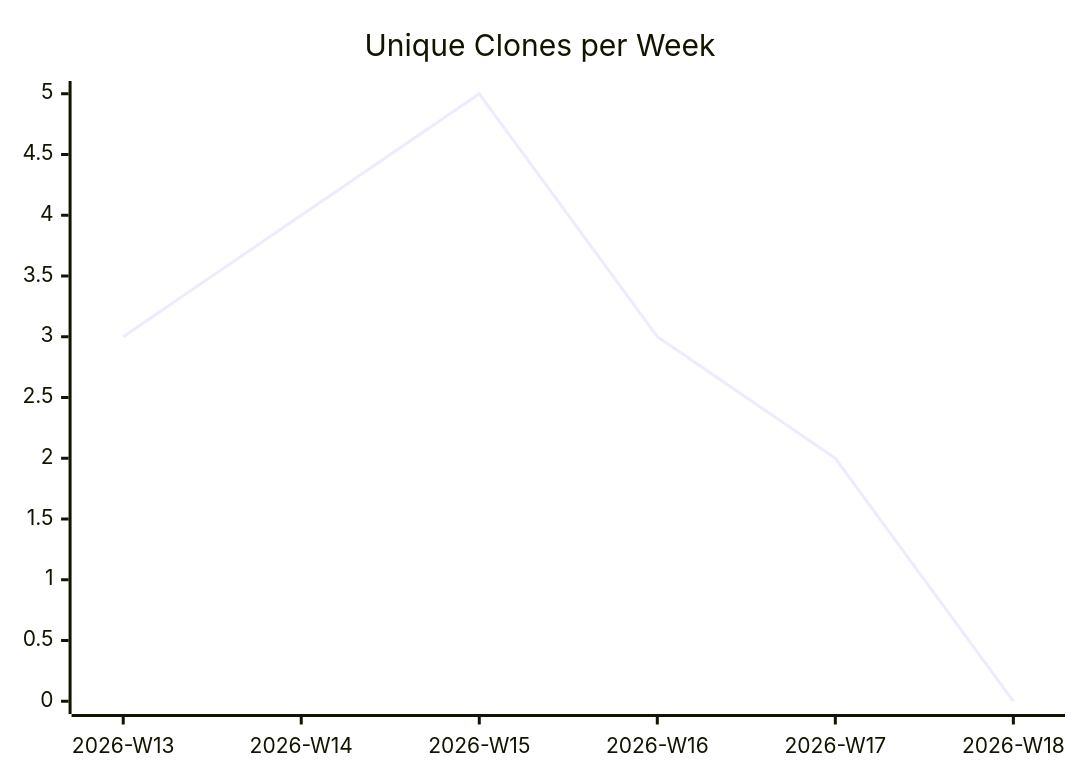
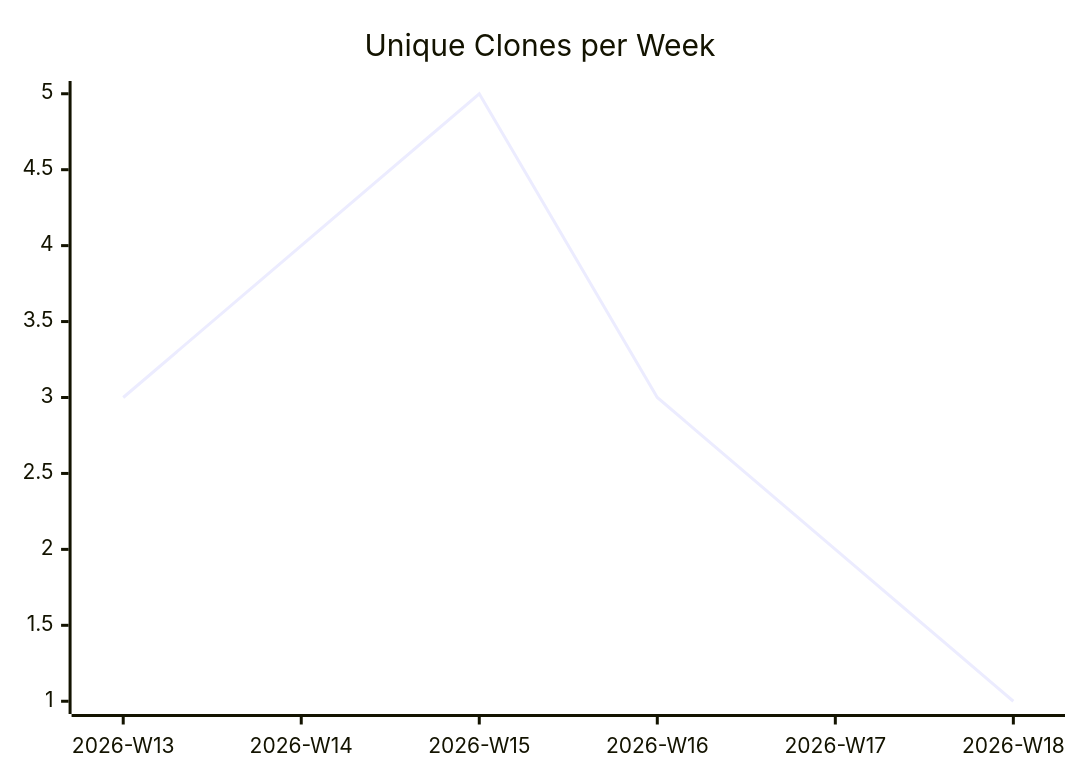
One commit to justdavis-family/github-analytics-data changed the third of 3 diagrams in karlmdavis/justdavis-karl/README.md. Above: the diagram before and after it, drawn with Mermaid. The commit also changed other lines of this file and 184 other files, not shown here.

````diff
--- a/karlmdavis/justdavis-karl/README.md
+++ b/karlmdavis/justdavis-karl/README.md
@@ -19,6 +19,6 @@
 ```mermaid
 xychart-beta
   title "Unique Clones per Week"
   x-axis ["2026-W13", "2026-W14", "2026-W15", "2026-W16", "2026-W17", "2026-W18"]
-  line [3, 4, 5, 3, 2, 0]
+  line [3, 4, 5, 3, 2, 1]
 ```
````
